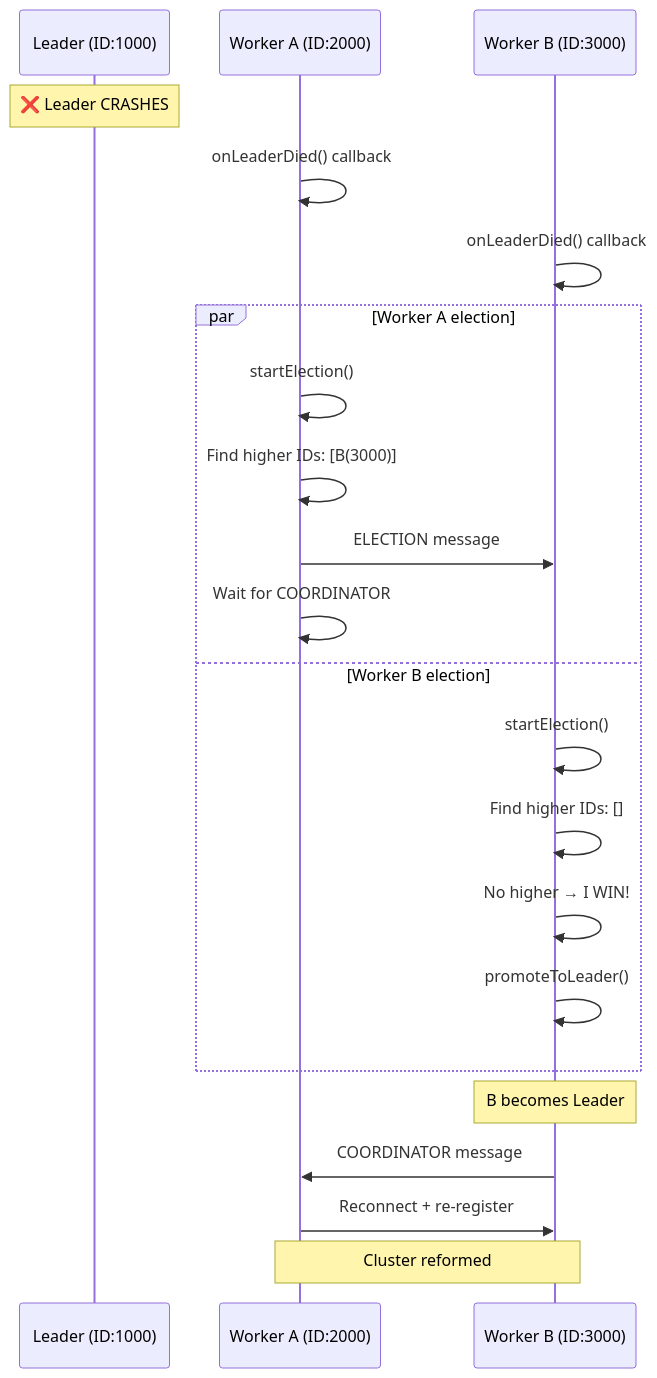
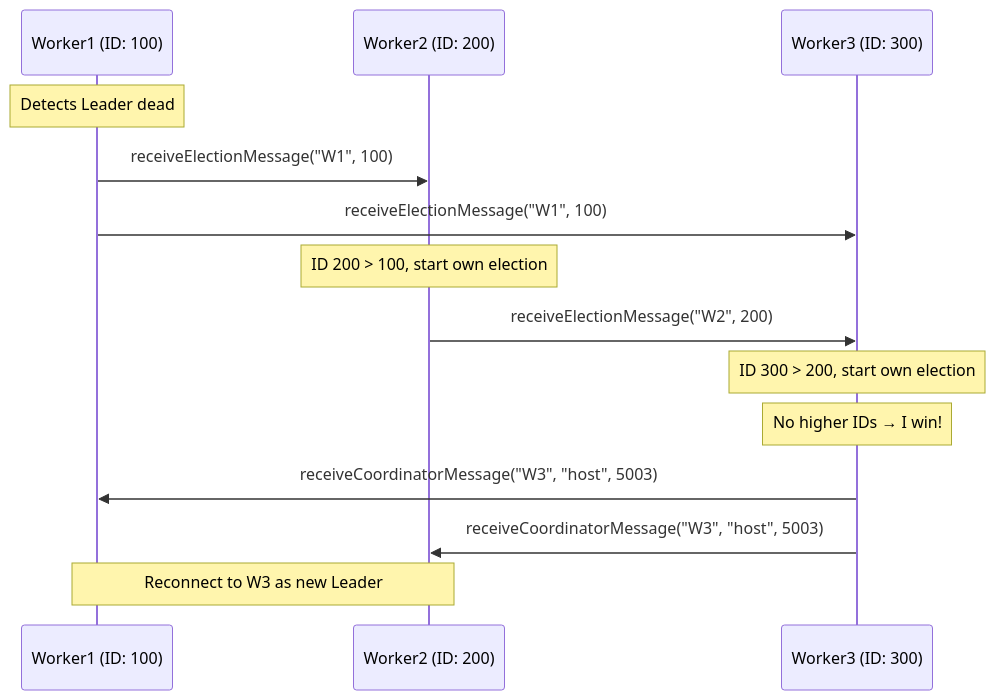
One commit to lucadileo9/hecaton changed the seventh of 12 diagrams in docs/components/node.md. Above: the diagram before and after it, drawn with Mermaid. The commit also changed other lines of this file, not shown here.

````diff
--- a/docs/components/node.md
+++ b/docs/components/node.md
@@ -690,30 +423,21 @@
 ```mermaid
 sequenceDiagram
-    participant L as Leader (ID:1000)
-    participant W1 as Worker A (ID:2000)
-    participant W2 as Worker B (ID:3000)
+    participant W1 as Worker1 (ID: 100)
+    participant W2 as Worker2 (ID: 200)
+    participant W3 as Worker3 (ID: 300)
     
-    Note over L: ❌ Leader CRASHES
+    Note over W1: Detects Leader dead
+    W1->>W2: receiveElectionMessage("W1", 100)
+    W1->>W3: receiveElectionMessage("W1", 100)
     
-    W1->>W1: onLeaderDied() callback
-    W2->>W2: onLeaderDied() callback
+    Note over W2: ID 200 > 100, start own election
+    W2->>W3: receiveElectionMessage("W2", 200)
     
-    par Worker A election
-        W1->>W1: startElection()
-        W1->>W1: Find higher IDs: [B(3000)]
-        W1->>W2: ELECTION message
-        W1->>W1: Wait for COORDINATOR
-    and Worker B election
-        W2->>W2: startElection()
-        W2->>W2: Find higher IDs: []
-        W2->>W2: No higher → I WIN!
-        W2->>W2: promoteToLeader()
-    end
+    Note over W3: ID 300 > 200, start own election
+    Note over W3: No higher IDs → I win!
     
-    Note over W2: B becomes Leader
+    W3->>W1: receiveCoordinatorMessage("W3", "host", 5003)
+    W3->>W2: receiveCoordinatorMessage("W3", "host", 5003)
     
-    W2->>W1: COORDINATOR message
-    W1->>W2: Reconnect + re-register
-    
-    Note over W1,W2: Cluster reformed
+    Note over W1,W2: Reconnect to W3 as new Leader
 ```
````
